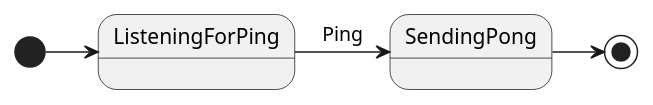
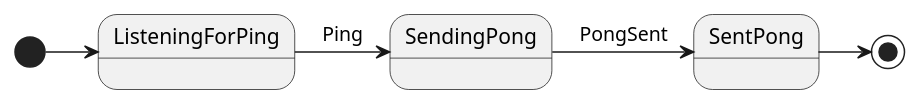
The third of 4 diagrams in README.org (peterpaul/kafka-ping-stm), drawn with PlantUML before and after one commit. The commit also changed 5 other files, not shown here.

```diff
--- a/README.org
+++ b/README.org
@@ -104,5 +104,6 @@
 #+begin_src plantuml :file pong.svg
   [*] -> ListeningForPing
   ListeningForPing -> SendingPong: Ping
-  SendingPong -> [*]
+  SendingPong -> SentPong: PongSent
+  SentPong -> [*]
 #+end_src
```
